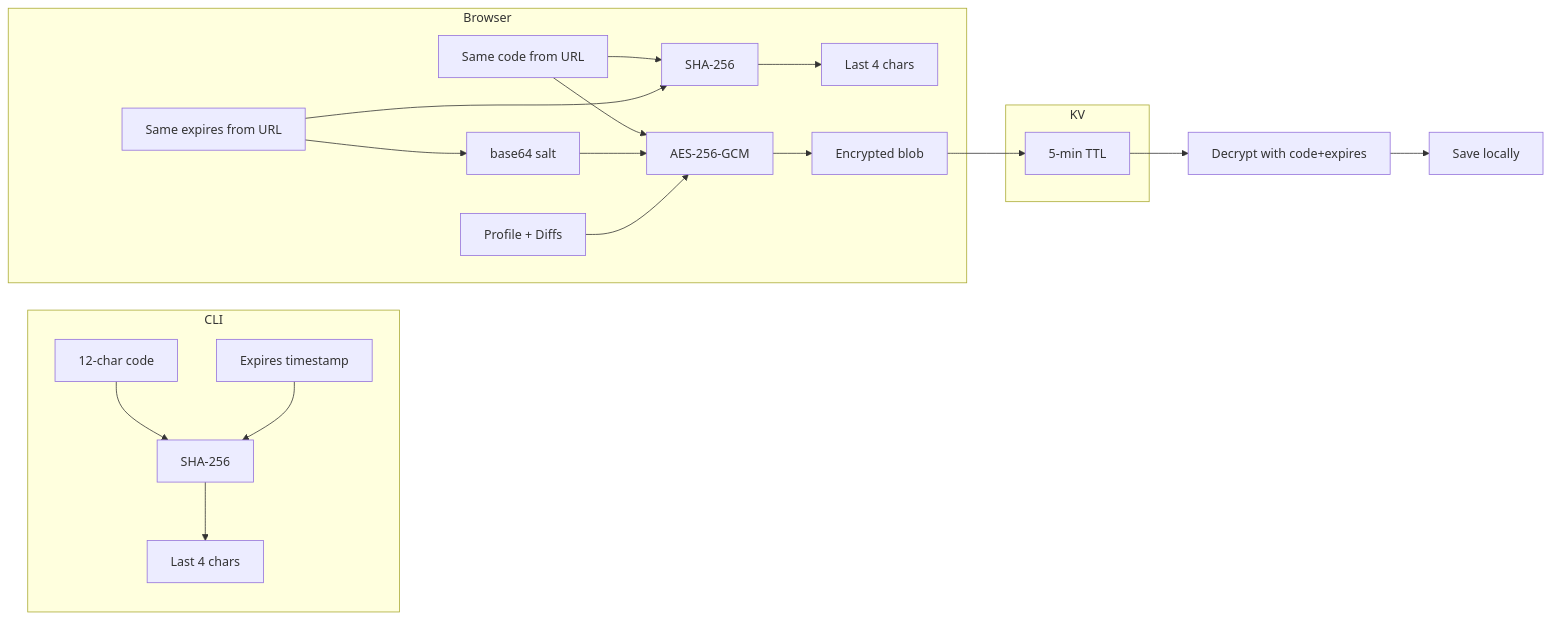
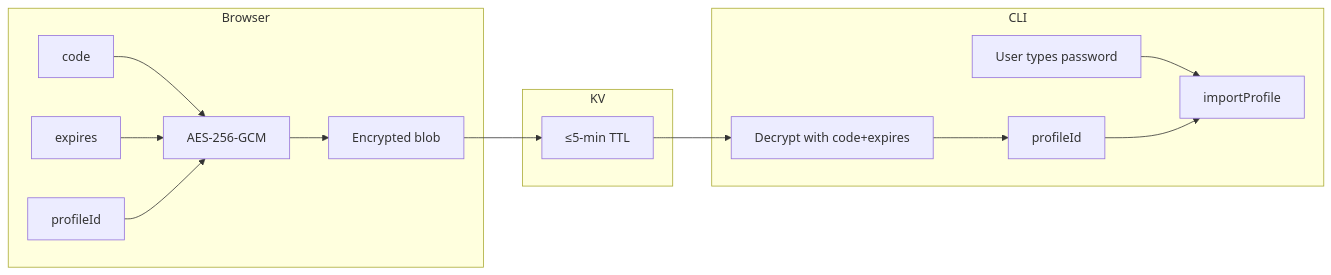
One commit to SmileyChris/difflog changed the third of 3 diagrams in docs/architecture/cli-login.md. Above: the diagram before and after it, drawn with Mermaid. The commit also changed other lines of this file and 11 other files, not shown here.

````diff
--- a/docs/architecture/cli-login.md
+++ b/docs/architecture/cli-login.md
@@ -180,32 +183,23 @@
 ```mermaid
 graph LR
-    subgraph CLI
-        Code1[12-char code]
-        Exp1[Expires timestamp]
-        Code1 --> Hash1[SHA-256]
-        Exp1 --> Hash1
-        Hash1 --> Verify1[Last 4 chars]
-    end
-
     subgraph Browser
-        Code2[Same code from URL]
-        Exp2[Same expires from URL]
-        Code2 --> Hash2[SHA-256]
-        Exp2 --> Hash2
-        Hash2 --> Verify2[Last 4 chars]
-
-        Profile[Profile + Diffs]
-        Code2 --> Encrypt[AES-256-GCM]
-        Exp2 --> Salt[base64 salt]
-        Salt --> Encrypt
-        Profile --> Encrypt
+        PID[profileId]
+        Code1[code]
+        Exp1[expires]
+        Code1 --> Encrypt[AES-256-GCM]
+        Exp1 --> Encrypt
+        PID --> Encrypt
         Encrypt --> Blob[Encrypted blob]
     end
 
     subgraph KV
-        Blob --> Store[5-min TTL]
+        Blob --> Store[≤5-min TTL]
     end
 
-    Store --> Decrypt[Decrypt with code+expires]
-    Decrypt --> Save[Save locally]
+    subgraph CLI
+        Store --> Decrypt[Decrypt with code+expires]
+        Decrypt --> Out[profileId]
+        Prompt[User types password] --> Import
+        Out --> Import[importProfile]
+    end
 ```
````
